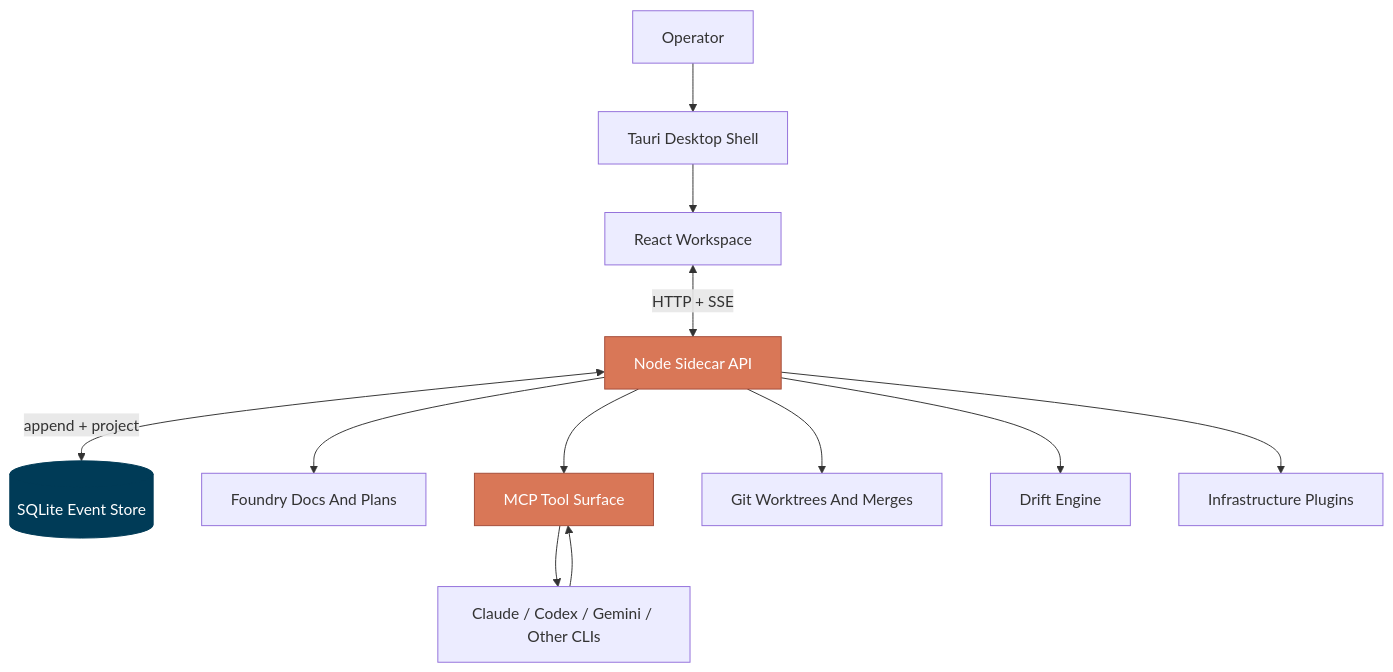
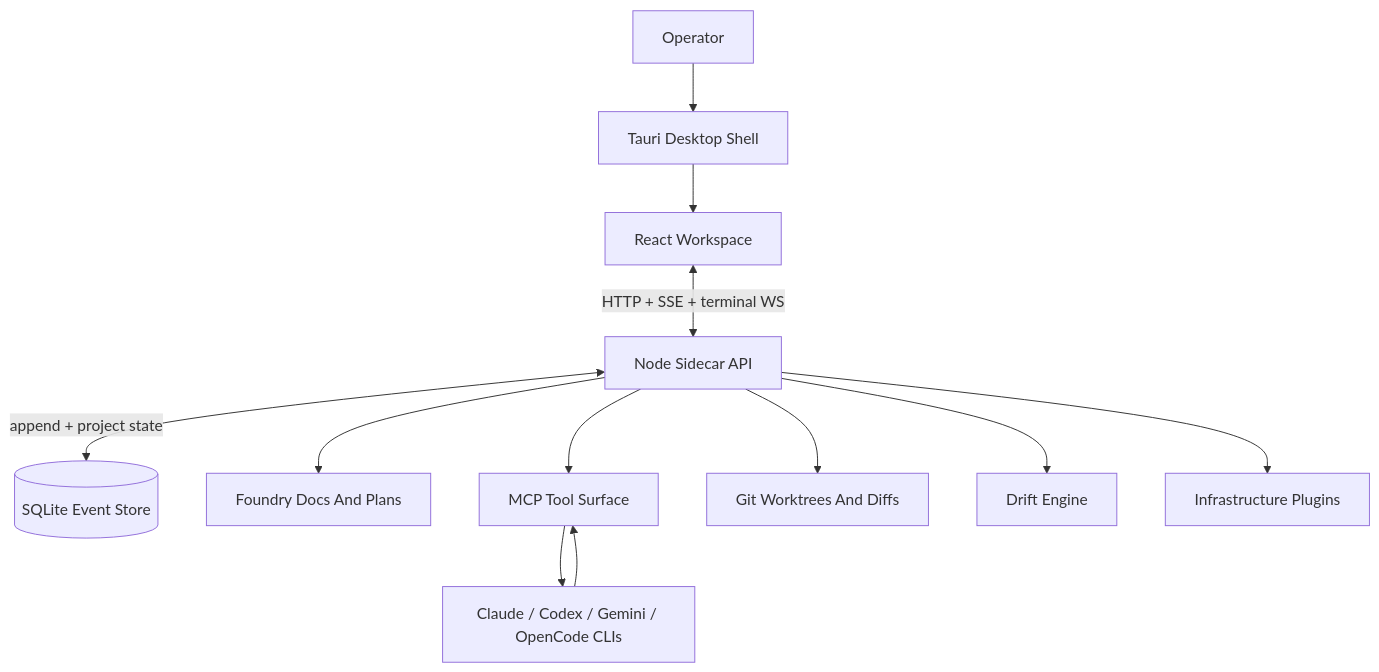
The diagram in README.md (TheOverAchievingDev/T.O.A.D), drawn with Mermaid before and after one commit. The commit also changed other lines of this file and 28 other files, not shown here.

````diff
--- a/README.md
+++ b/README.md
@@ -129,31 +59,26 @@
 ```mermaid
 graph TB
   Operator["Operator"]
   Shell["Tauri Desktop Shell"]
   UI["React Workspace"]
   API["Node Sidecar API"]
   DB[("SQLite Event Store")]
   Foundry["Foundry Docs And Plans"]
   MCP["MCP Tool Surface"]
-  Git["Git Worktrees And Merges"]
+  Git["Git Worktrees And Diffs"]
   Drift["Drift Engine"]
   Plugins["Infrastructure Plugins"]
-  Agents["Claude / Codex / Gemini / Other CLIs"]
+  Agents["Claude / Codex / Gemini / OpenCode CLIs"]
 
   Operator --> Shell
   Shell --> UI
-  UI <-->|HTTP + SSE| API
-  API <-->|append + project| DB
+  UI <-->|HTTP + SSE + terminal WS| API
+  API <-->|append + project state| DB
   API --> Foundry
   API --> MCP
   API --> Git
   API --> Drift
   API --> Plugins
   MCP --> Agents
   Agents --> MCP
-
-  classDef store fill:#003B57,color:#fff,stroke:#003B57
-  classDef core fill:#d97757,color:#fff,stroke:#a44d3a
-  class DB store
-  class API,MCP core
 ```
````
